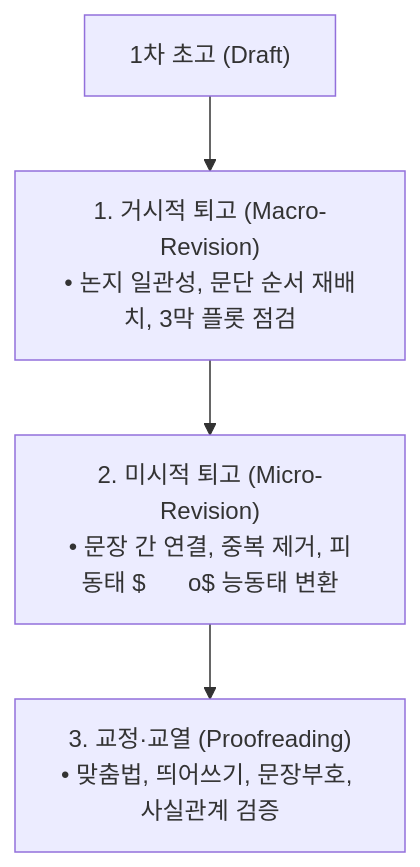
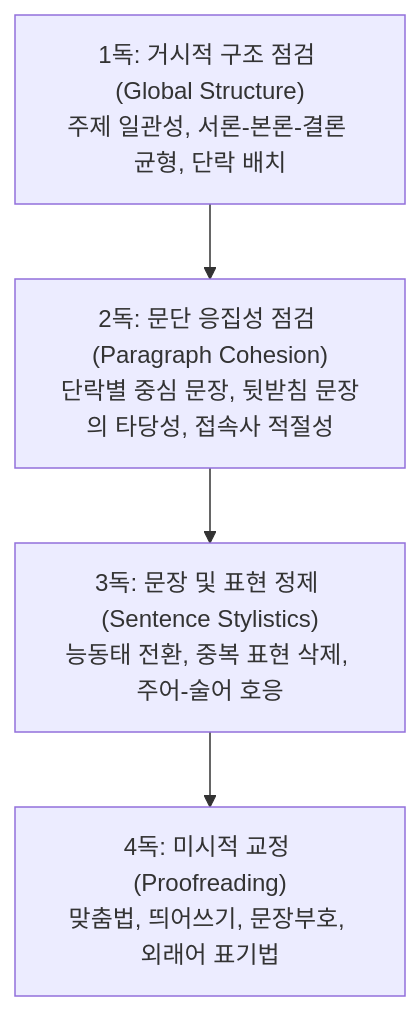
One commit to umyunsang/edu changed the diagram in ComputerScience/07_professional-humanities/creative-writing/notes/03. 문장 스타일과 정밀한 퇴고 전략.md. Above: the diagram before and after it, drawn with Mermaid. The commit also changed other lines of this file and 19 other files, not shown here.

````diff
--- a/ComputerScience/07_professional-humanities/creative-writing/notes/03. 문장 스타일과 정밀한 퇴고 전략.md
+++ b/ComputerScience/07_professional-humanities/creative-writing/notes/03. 문장 스타일과 정밀한 퇴고 전략.md
@@ -33,6 +43,6 @@
 ```mermaid
 flowchart TD
-    DRAFT["1차 초고 (Draft)"] --> L1["1. 거시적 퇴고 (Macro-Revision)<br/>• 논지 일관성, 문단 순서 재배치, 3막 플롯 점검"]
-    L1 --> L2["2. 미시적 퇴고 (Micro-Revision)<br/>• 문장 간 연결, 중복 제거, 피동태 $	o$ 능동태 변환"]
-    L2 --> L3["3. 교정·교열 (Proofreading)<br/>• 맞춤법, 띄어쓰기, 문장부호, 사실관계 검증"]
+    P1["1독: 거시적 구조 점검 (Global Structure)<br/>주제 일관성, 서론-본론-결론 균형, 단락 배치"] --> P2["2독: 문단 응집성 점검 (Paragraph Cohesion)<br/>단락별 중심 문장, 뒷받침 문장의 타당성, 접속사 적절성"]
+    P2 --> P3["3독: 문장 및 표현 정제 (Sentence Stylistics)<br/>능동태 전환, 중복 표현 삭제, 주어-술어 호응"]
+    P3 --> P4["4독: 미시적 교정 (Proofreading)<br/>맞춤법, 띄어쓰기, 문장부호, 외래어 표기법"]
 ```
````
